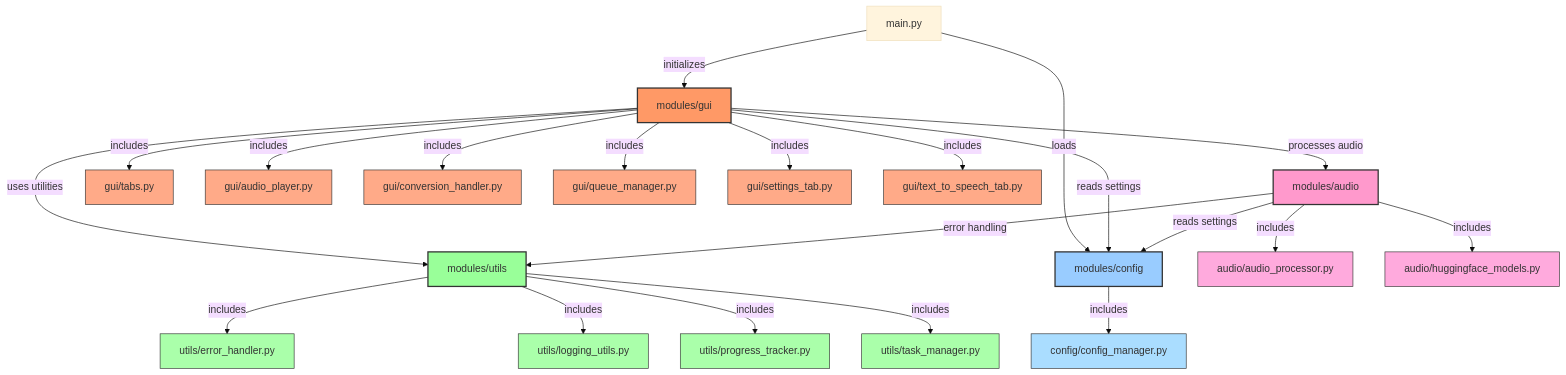
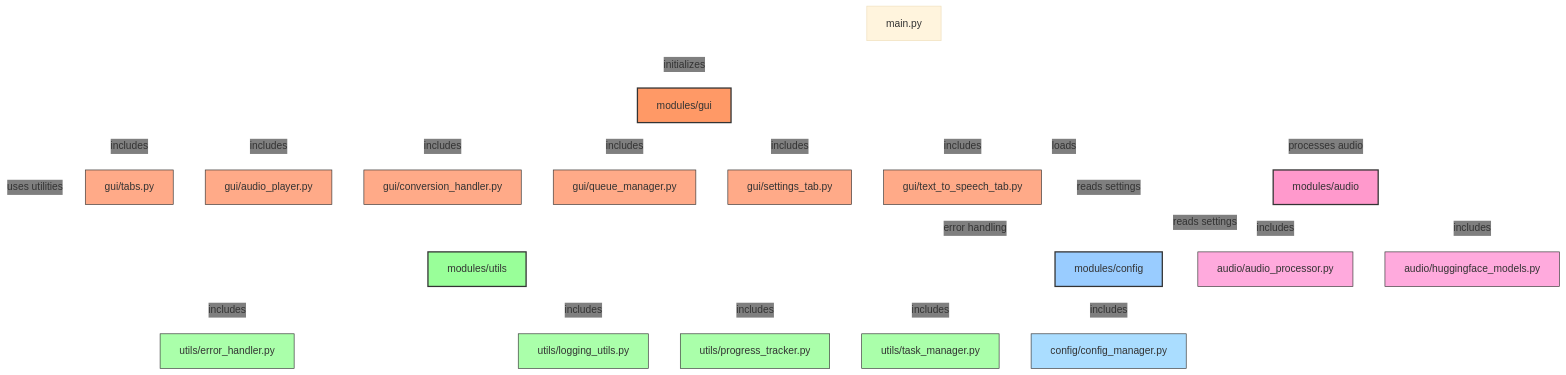
The diagram in README.md (BluGenes-source/audio-to-text-app), drawn with Mermaid before and after one commit.

Commit message:
Update README.md with white relational lines in module diagram

````diff
--- a/README.md
+++ b/README.md
@@ -122,45 +122,48 @@
 ```mermaid
-%%{init: {'theme': 'base', 'themeVariables': { 'fontSize': '16px', 'fontFamily': 'arial' }}}%%
+%%{init: {'theme': 'base', 'themeVariables': { 'fontSize': '16px', 'fontFamily': 'arial', 'lineColor': 'white', 'edgeLabelBackground': 'transparent' }}}%%
 graph TD
     %% Main module relationships with color coding
-    main[main.py] -->|initializes| gui[modules/gui]:::coreModule
-    main[main.py] -->|loads| config[modules/config]:::configModule
-    gui -->|processes audio| audio[modules/audio]:::audioModule
-    gui -->|uses utilities| utils[modules/utils]:::utilsModule
-    gui -->|reads settings| config
-    audio -->|error handling| utils
-    audio -->|reads settings| config
+    main[main.py] -- initializes --> gui[modules/gui]:::coreModule
+    main -- loads --> config[modules/config]:::configModule
+    gui -- processes audio --> audio[modules/audio]:::audioModule
+    gui -- uses utilities --> utils[modules/utils]:::utilsModule
+    gui -- reads settings --> config
+    audio -- error handling --> utils
+    audio -- reads settings --> config
     
     %% Detailed submodules
     %% GUI submodules
-    gui -->|includes| gui_tabs[gui/tabs.py]:::guiComponent
-    gui -->|includes| gui_player[gui/audio_player.py]:::guiComponent
-    gui -->|includes| gui_conversion[gui/conversion_handler.py]:::guiComponent
-    gui -->|includes| gui_queue[gui/queue_manager.py]:::guiComponent
-    gui -->|includes| gui_settings[gui/settings_tab.py]:::guiComponent
-    gui -->|includes| gui_tts[gui/text_to_speech_tab.py]:::guiComponent
+    gui -- includes --> gui_tabs[gui/tabs.py]:::guiComponent
+    gui -- includes --> gui_player[gui/audio_player.py]:::guiComponent
+    gui -- includes --> gui_conversion[gui/conversion_handler.py]:::guiComponent
+    gui -- includes --> gui_queue[gui/queue_manager.py]:::guiComponent
+    gui -- includes --> gui_settings[gui/settings_tab.py]:::guiComponent
+    gui -- includes --> gui_tts[gui/text_to_speech_tab.py]:::guiComponent
     
     %% Audio submodules
-    audio -->|includes| audio_processor[audio/audio_processor.py]:::audioComponent
-    audio -->|includes| huggingface[audio/huggingface_models.py]:::audioComponent
+    audio -- includes --> audio_processor[audio/audio_processor.py]:::audioComponent
+    audio -- includes --> huggingface[audio/huggingface_models.py]:::audioComponent
     
     %% Utils submodules
-    utils -->|includes| error_handler[utils/error_handler.py]:::utilsComponent
-    utils -->|includes| logging[utils/logging_utils.py]:::utilsComponent
-    utils -->|includes| progress[utils/progress_tracker.py]:::utilsComponent
-    utils -->|includes| task_manager[utils/task_manager.py]:::utilsComponent
+    utils -- includes --> error_handler[utils/error_handler.py]:::utilsComponent
+    utils -- includes --> logging[utils/logging_utils.py]:::utilsComponent
+    utils -- includes --> progress[utils/progress_tracker.py]:::utilsComponent
+    utils -- includes --> task_manager[utils/task_manager.py]:::utilsComponent
     
     %% Config submodule
-    config -->|includes| config_manager[config/config_manager.py]:::configComponent
+    config -- includes --> config_manager[config/config_manager.py]:::configComponent
     
     %% Define styles for different module types
     classDef coreModule fill:#f96,stroke:#333,stroke-width:2px
     classDef configModule fill:#9cf,stroke:#333,stroke-width:2px
     classDef audioModule fill:#f9c,stroke:#333,stroke-width:2px
     classDef utilsModule fill:#9f9,stroke:#333,stroke-width:2px
     
     classDef guiComponent fill:#fa8,stroke:#333,stroke-width:1px
     classDef audioComponent fill:#fad,stroke:#333,stroke-width:1px
     classDef utilsComponent fill:#afa,stroke:#333,stroke-width:1px
     classDef configComponent fill:#adf,stroke:#333,stroke-width:1px
+    
+    %% Define the edge/link style to be white
+    linkStyle default stroke:white,stroke-width:1.5px;
 ```
````
